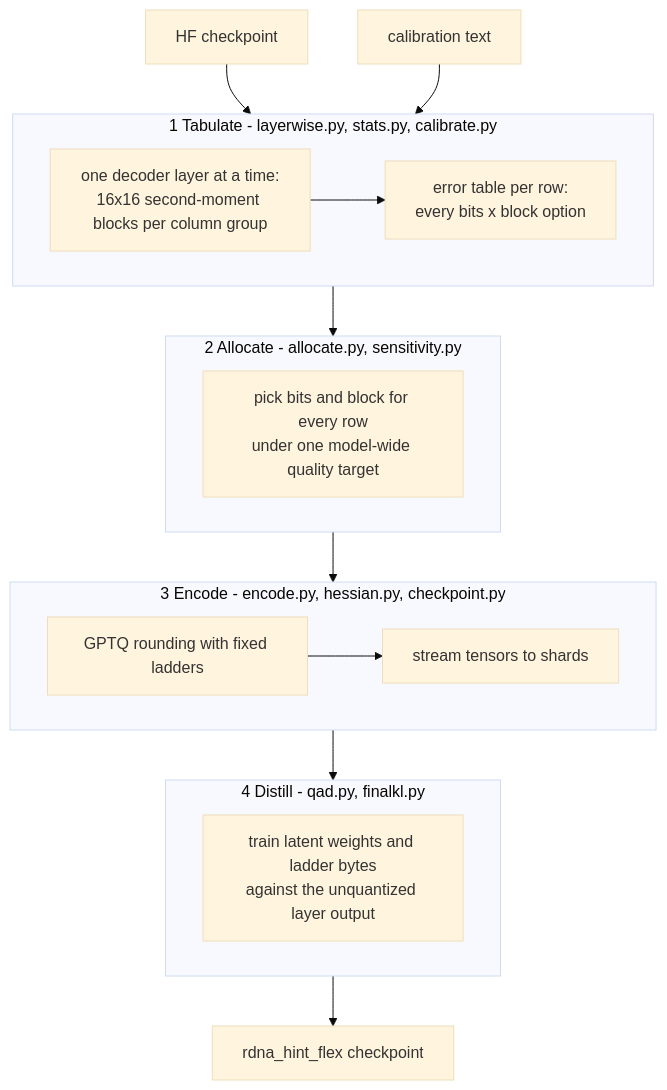
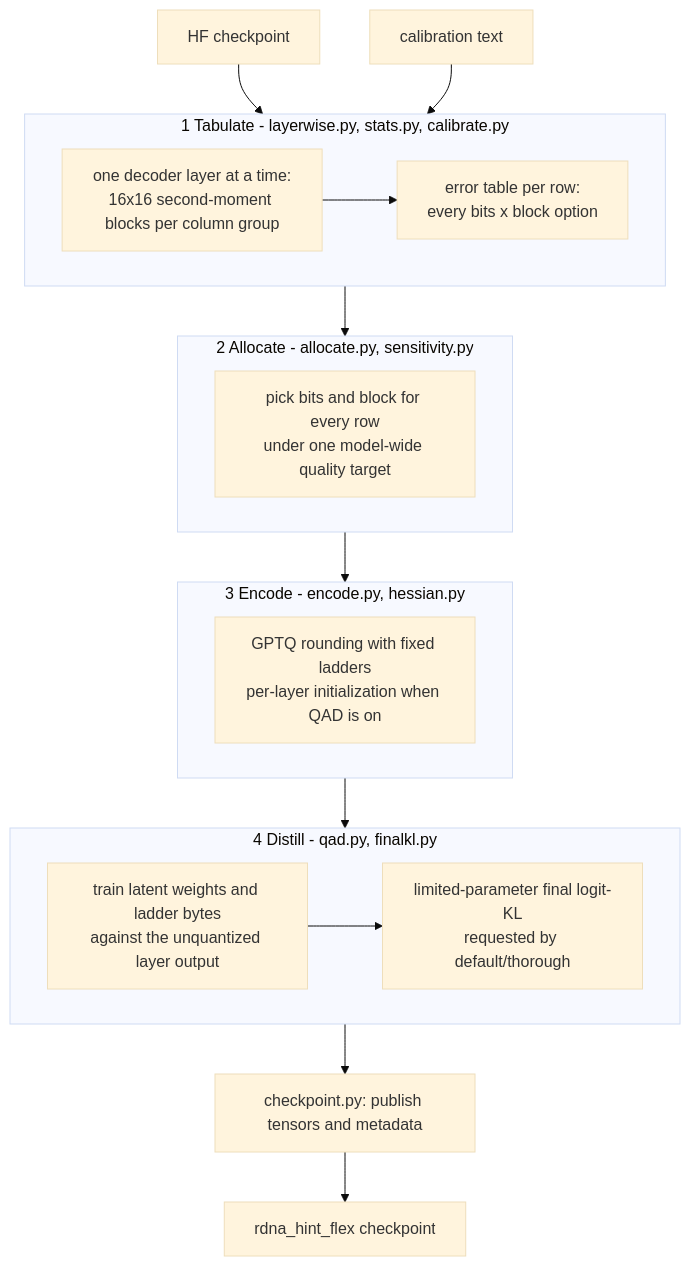
One commit to BlivionIaG/hi2 changed the first of 3 diagrams in docs/architecture.md. Above: the diagram before and after it, drawn with Mermaid (base theme). The commit also changed other lines of this file and 18 other files, not shown here.

````diff
--- a/docs/architecture.md
+++ b/docs/architecture.md
@@ -6,25 +8,26 @@
 ```mermaid
 flowchart TD
     M[HF checkpoint] --> P1
     T[calibration text] --> P1
     subgraph P1[1 Tabulate - layerwise.py, stats.py, calibrate.py]
         S[one decoder layer at a time:<br/>16x16 second-moment blocks per column group]
         E[error table per row:<br/>every bits x block option]
         S --> E
     end
     P1 --> P2
     subgraph P2[2 Allocate - allocate.py, sensitivity.py]
         A[pick bits and block for every row<br/>under one model-wide quality target]
     end
     P2 --> P3
-    subgraph P3[3 Encode - encode.py, hessian.py, checkpoint.py]
-        G[GPTQ rounding with fixed ladders]
-        W[stream tensors to shards]
-        G --> W
+    subgraph P3[3 Encode - encode.py, hessian.py]
+        G[GPTQ rounding with fixed ladders<br/>per-layer initialization when QAD is on]
     end
     P3 --> P4
     subgraph P4[4 Distill - qad.py, finalkl.py]
         Q[train latent weights and ladder bytes<br/>against the unquantized layer output]
+        K[limited-parameter final logit-KL<br/>requested by default/thorough]
+        Q --> K
     end
-    P4 --> C[rdna_hint_flex checkpoint]
+    P4 --> W[checkpoint.py: publish tensors and metadata]
+    W --> C[rdna_hint_flex checkpoint]
 ```
````
